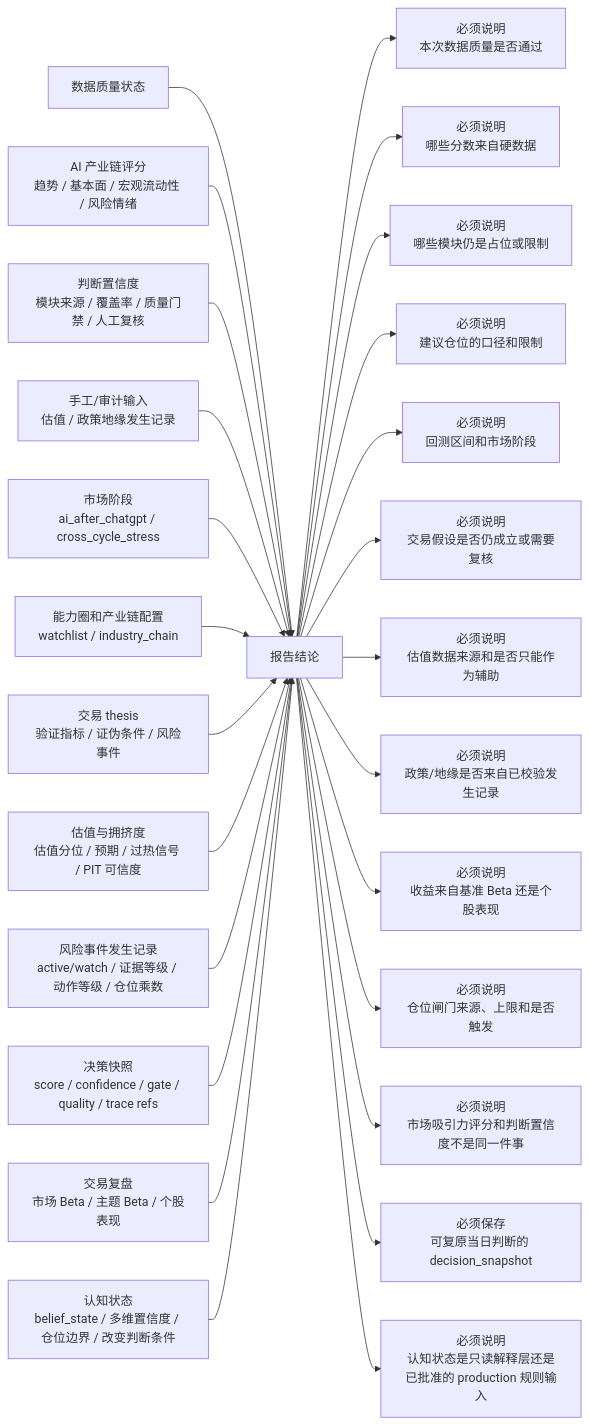
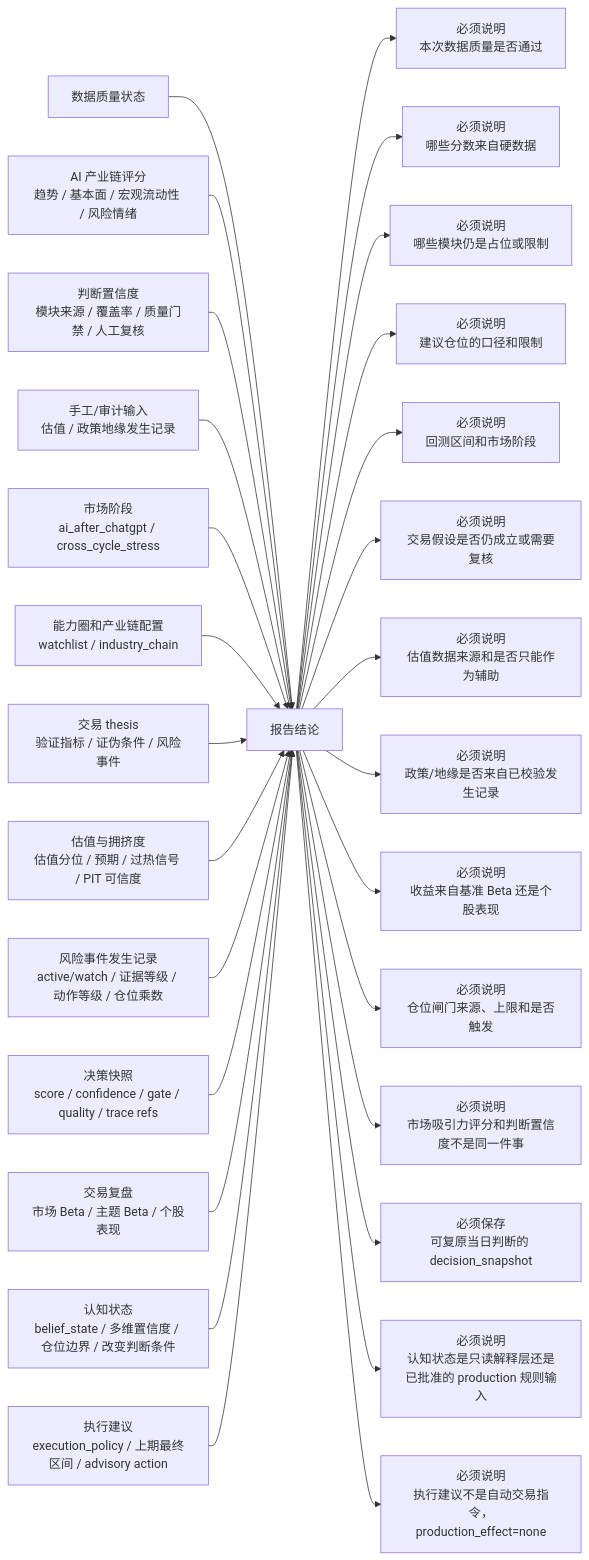
The fourth of 6 diagrams in docs/system_flow.md (AI-Trading-Collaboration/AITradingSystem), drawn with Mermaid before and after one commit. The commit also changed other lines of this file and 9 other files, not shown here.

Commit message:
Implement execution policy baseline

````diff
--- a/docs/system_flow.md
+++ b/docs/system_flow.md
@@ -579,29 +601,31 @@
 ```mermaid
 flowchart LR
     A["数据质量状态"] --> E["报告结论"]
     B["AI 产业链评分<br/>趋势 / 基本面 / 宏观流动性 / 风险情绪"] --> E
     C2["判断置信度<br/>模块来源 / 覆盖率 / 质量门禁 / 人工复核"] --> E
     C["手工/审计输入<br/>估值 / 政策地缘发生记录"] --> E
     D["市场阶段<br/>ai_after_chatgpt / cross_cycle_stress"] --> E
     F["能力圈和产业链配置<br/>watchlist / industry_chain"] --> E
     L["交易 thesis<br/>验证指标 / 证伪条件 / 风险事件"] --> E
     N["估值与拥挤度<br/>估值分位 / 预期 / 过热信号 / PIT 可信度"] --> E
     Q["风险事件发生记录<br/>active/watch / 证据等级 / 动作等级 / 仓位乘数"] --> E
     U2["决策快照<br/>score / confidence / gate / quality / trace refs"] --> E
     P["交易复盘<br/>市场 Beta / 主题 Beta / 个股表现"] --> E
     S["认知状态<br/>belief_state / 多维置信度 / 仓位边界 / 改变判断条件"] --> E
+    X["执行建议<br/>execution_policy / 上期最终区间 / advisory action"] --> E
 
     E --> G["必须说明<br/>本次数据质量是否通过"]
     E --> H["必须说明<br/>哪些分数来自硬数据"]
     E --> I["必须说明<br/>哪些模块仍是占位或限制"]
     E --> J["必须说明<br/>建议仓位的口径和限制"]
     E --> K["必须说明<br/>回测区间和市场阶段"]
     E --> M["必须说明<br/>交易假设是否仍成立或需要复核"]
     E --> O["必须说明<br/>估值数据来源和是否只能作为辅助"]
     E --> Q2["必须说明<br/>政策/地缘是否来自已校验发生记录"]
     E --> P2["必须说明<br/>收益来自基准 Beta 还是个股表现"]
     E --> R2["必须说明<br/>仓位闸门来源、上限和是否触发"]
     E --> T2["必须说明<br/>市场吸引力评分和判断置信度不是同一件事"]
     E --> U3["必须保存<br/>可复原当日判断的 decision_snapshot"]
     E --> S2["必须说明<br/>认知状态是只读解释层还是已批准的 production 规则输入"]
+    E --> X2["必须说明<br/>执行建议不是自动交易指令，production_effect=none"]
 ```
````
